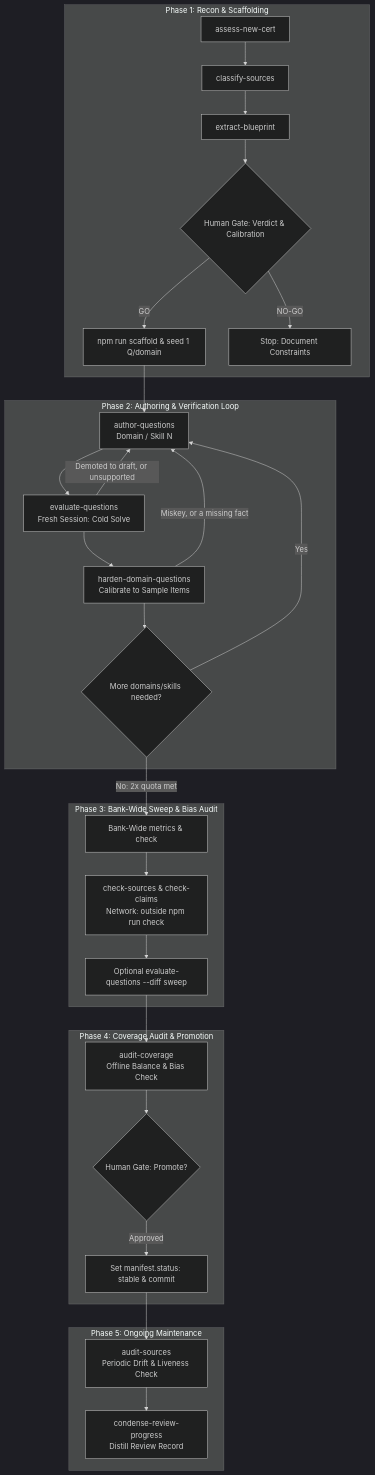
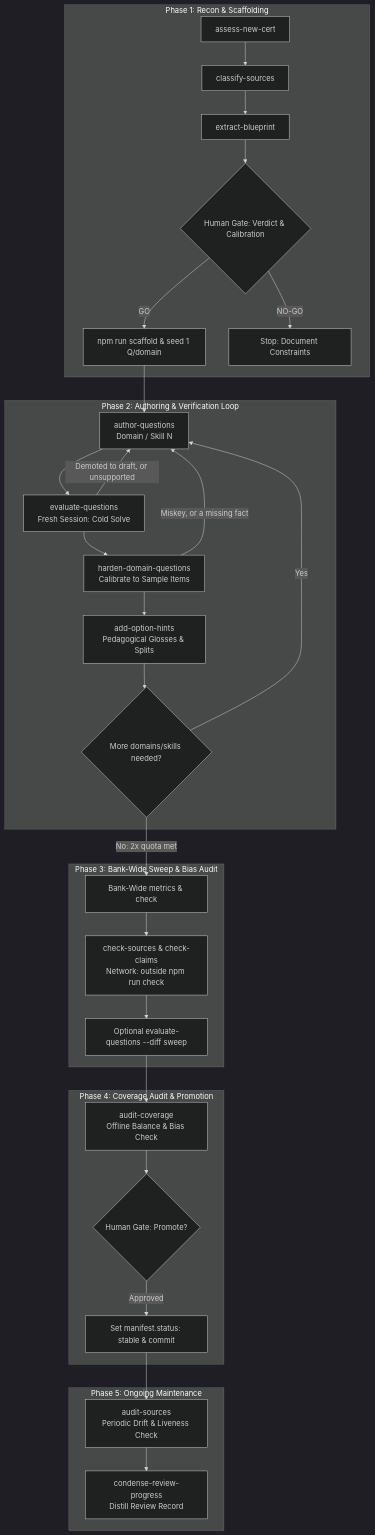
Before and after one commit to videoeero/cert-club: the diagram in certs/AUTHORING-A-CERT-WITH-SKILLS.md, drawn with Mermaid (dark theme). The commit also changed other lines of this file and 3 other files, not shown here.

Commit message:
feat(skills): add add-option-hints workflow and integrate into authoring runbook

````diff
--- a/certs/AUTHORING-A-CERT-WITH-SKILLS.md
+++ b/certs/AUTHORING-A-CERT-WITH-SKILLS.md
@@ -34,37 +34,38 @@
 ```mermaid
 flowchart TD
     subgraph p1["Phase 1: Recon & Scaffolding"]
         A[assess-new-cert] --> B[classify-sources]
         B --> C[extract-blueprint]
         C --> D{Human Gate: Verdict & Calibration}
         D -->|GO| E[npm run scaffold & seed 1 Q/domain]
         D -->|NO-GO| Stop[Stop: Document Constraints]
     end
 
     subgraph p2["Phase 2: Authoring & Verification Loop"]
         E --> F[author-questions<br/>Domain / Skill N]
         F --> G[evaluate-questions<br/>Fresh Session: Cold Solve]
         G --> H[harden-domain-questions<br/>Calibrate to Sample Items]
-        H --> I{More domains/skills needed?}
+        H --> Opt[add-option-hints<br/>Pedagogical Glosses & Splits]
+        Opt --> I{More domains/skills needed?}
         I -->|Yes| F
         G -->|Demoted to draft, or unsupported| F
         H -->|Miskey, or a missing fact| F
     end
 
     subgraph p3["Phase 3: Bank-Wide Sweep & Bias Audit"]
         I -->|No: 2x quota met| J[Bank-Wide metrics & check]
         J --> Src[check-sources & check-claims<br/>Network: outside npm run check]
         Src --> K[Optional evaluate-questions --diff sweep]
     end
 
     subgraph p4["Phase 4: Coverage Audit & Promotion"]
         K --> L[audit-coverage<br/>Offline Balance & Bias Check]
         L --> M{Human Gate: Promote?}
         M -->|Approved| N[Set manifest.status: stable & commit]
     end
 
     subgraph p5["Phase 5: Ongoing Maintenance"]
         N --> O[audit-sources<br/>Periodic Drift & Liveness Check]
         O --> P[condense-review-progress<br/>Distill Review Record]
     end
 ```
````
